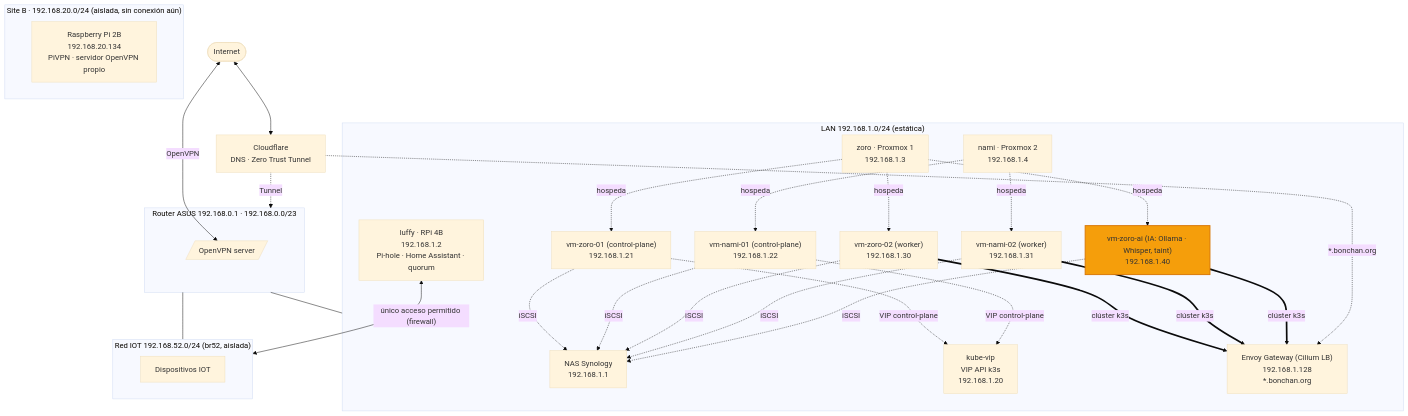
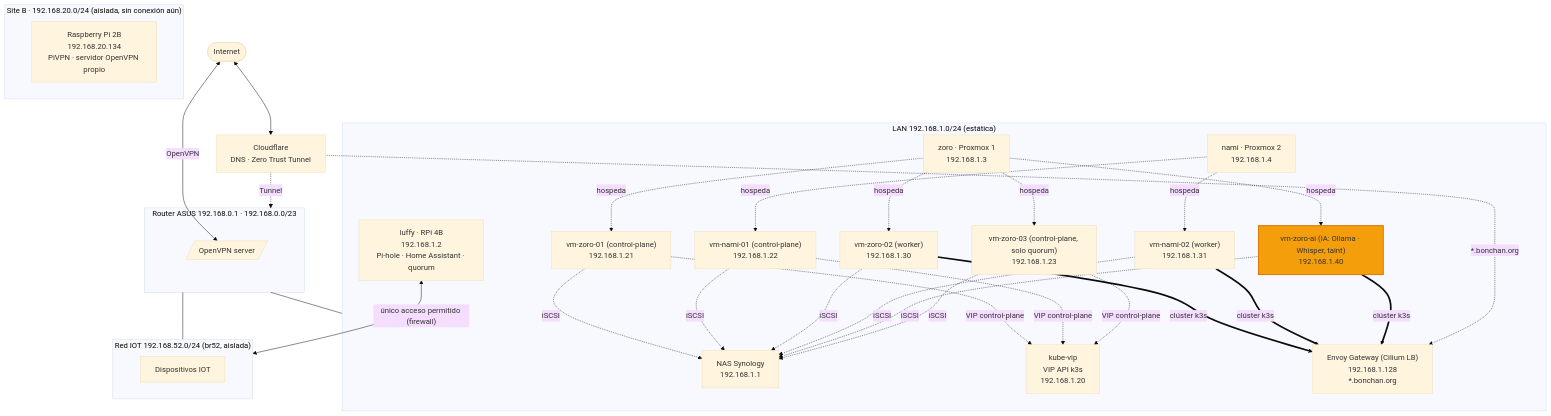
The first of 2 diagrams in README.md (Jasviers/homelab), drawn with Mermaid (base theme) before and after one commit. The commit also changed other lines of this file and 4 other files, not shown here.

````diff
--- a/README.md
+++ b/README.md
@@ -126,49 +127,51 @@
 ```mermaid
 flowchart TB
     internet([Internet])
     cf[Cloudflare<br/>DNS · Zero Trust Tunnel]
     internet <--> cf
 
     subgraph asus["Router ASUS 192.168.0.1 · 192.168.0.0/23"]
         vpn[/OpenVPN server/]
     end
     internet <-->|OpenVPN| vpn
     cf -.->|Tunnel| asus
 
     subgraph lan["LAN 192.168.1.0/24 (estática)"]
         classDef ai fill:#f59e0b,stroke:#d97706,stroke-width:2px
         nas["NAS Synology<br/>192.168.1.1"]
         luffy["luffy · RPi 4B<br/>192.168.1.2<br/>Pi-hole · Home Assistant · quorum"]
         zoro["zoro · Proxmox 1<br/>192.168.1.3"]
         nami["nami · Proxmox 2<br/>192.168.1.4"]
         vm1["vm-zoro-01 (control-plane)<br/>192.168.1.21"]
         vm2["vm-nami-01 (control-plane)<br/>192.168.1.22"]
+        vm6["vm-zoro-03 (control-plane, solo quorum)<br/>192.168.1.23"]
         vm3["vm-zoro-02 (worker)<br/>192.168.1.30"]
         vm4["vm-nami-02 (worker)<br/>192.168.1.31"]
         vm5["vm-zoro-ai (IA: Ollama · Whisper, taint)<br/>192.168.1.40"]:::ai
         kvip["kube-vip<br/>VIP API k3s<br/>192.168.1.20"]
         gw["Envoy Gateway (Cilium LB)<br/>192.168.1.128<br/>*.bonchan.org"]
     end
 
     asus --- lan
     zoro -.->|hospeda| vm1
     zoro -.->|hospeda| vm3
     zoro -.->|hospeda| vm5
+    zoro -.->|hospeda| vm6
     nami -.->|hospeda| vm2
     nami -.->|hospeda| vm4
     vm3 & vm4 & vm5 ==>|clúster k3s| gw
-    vm1 & vm2 -.->|VIP control-plane| kvip
-    vm1 & vm2 & vm3 & vm4 & vm5 -.->|iSCSI| nas
+    vm1 & vm2 & vm6 -.->|VIP control-plane| kvip
+    vm1 & vm2 & vm3 & vm4 & vm5 & vm6 -.->|iSCSI| nas
 
     subgraph iot["Red IOT 192.168.52.0/24 (br52, aislada)"]
         dispositivos["Dispositivos IOT"]
     end
     asus --- iot
     luffy <-->|"único acceso permitido (firewall)"| iot
 
     cf -.->|*.bonchan.org| gw
 
     subgraph siteb["Site B · 192.168.20.0/24 (aislada, sin conexión aún)"]
         pivpn["Raspberry Pi 2B<br/>192.168.20.134<br/>PiVPN · servidor OpenVPN propio"]
     end
 ```
````
